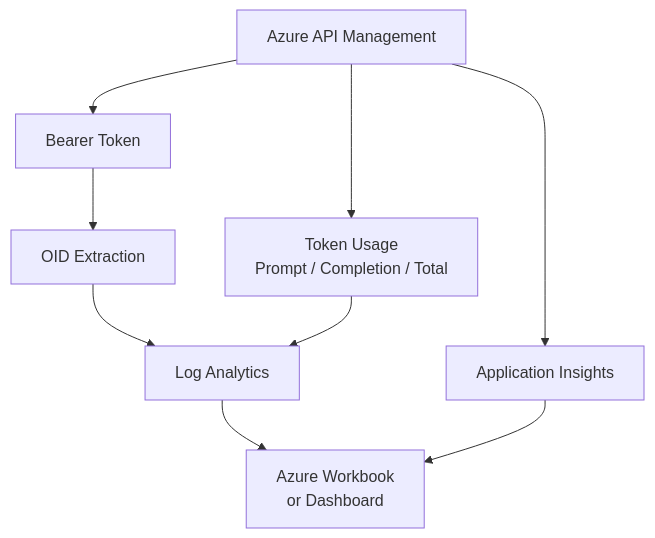
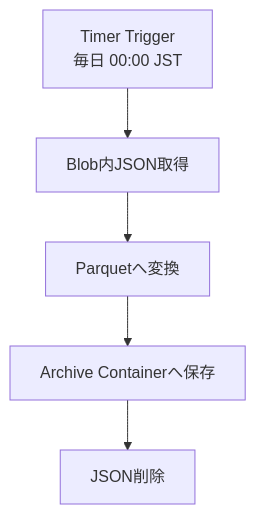
One commit to 75-8/FoundryAPI-use-insideCorp changed the third of 3 diagrams in docs/spec/diagram.md. Above: the diagram before and after it, drawn with Mermaid. The commit also changed other lines of this file and 2 other files, not shown here.

````diff
--- a/docs/spec/diagram.md
+++ b/docs/spec/diagram.md
@@ -85,33 +77,21 @@
 ```mermaid
 flowchart TD
 
-    APIM["Azure API Management"]
+    Timer["Timer Trigger<br/>毎日 00:00 JST"]
 
-    Token["Bearer Token"]
+    GetJSON["Blob内JSON取得"]
 
-    OID["OID Extraction"]
+    Convert["Parquetへ変換"]
 
-    Metrics["Token Usage<br/>Prompt / Completion / Total"]
+    Save["Archive Containerへ保存"]
 
-    LA["Log Analytics"]
+    Delete["JSON削除"]
 
-    AI["Application Insights"]
+    Timer --> GetJSON
 
-    Workbook["Azure Workbook<br/>or Dashboard"]
+    GetJSON --> Convert
 
-    APIM --> Token
+    Convert --> Save
 
-    Token --> OID
-
-    APIM --> Metrics
-
-    OID --> LA
-
-    Metrics --> LA
-
-    APIM --> AI
-
-    LA --> Workbook
-
-    AI --> Workbook
+    Save --> Delete
 ```
````
